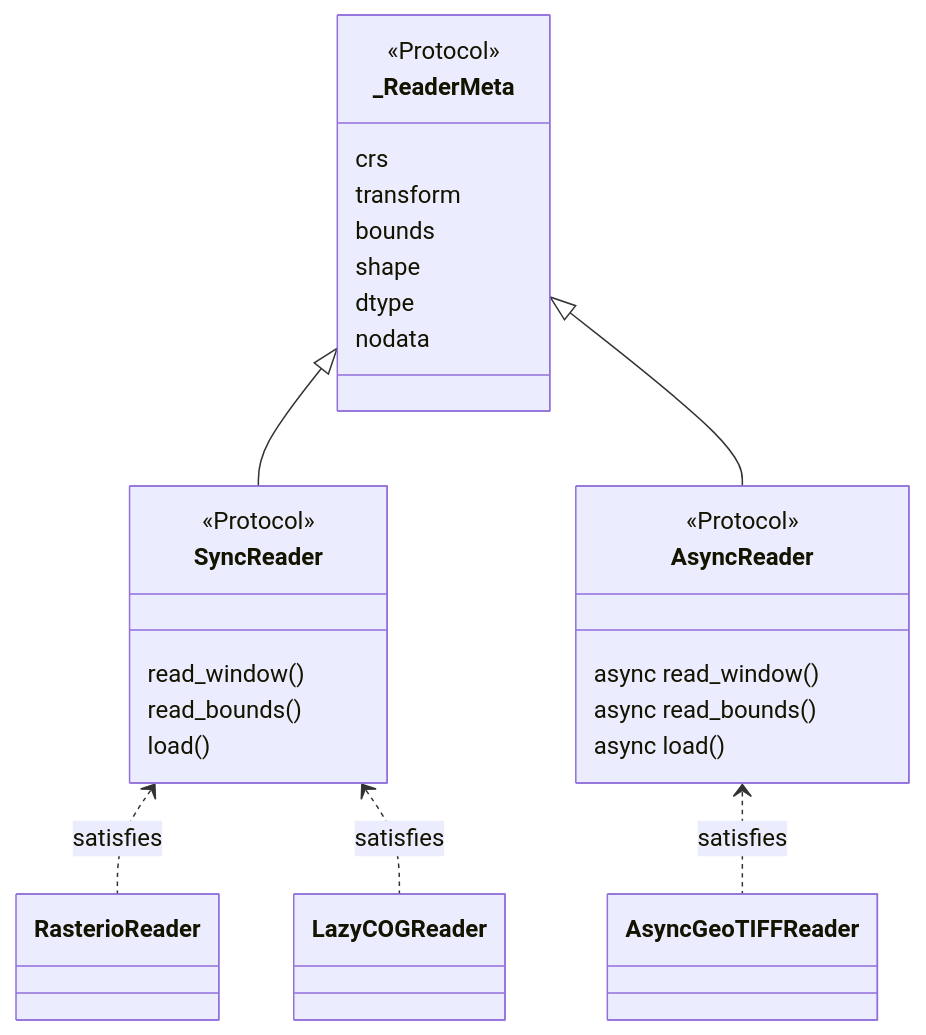
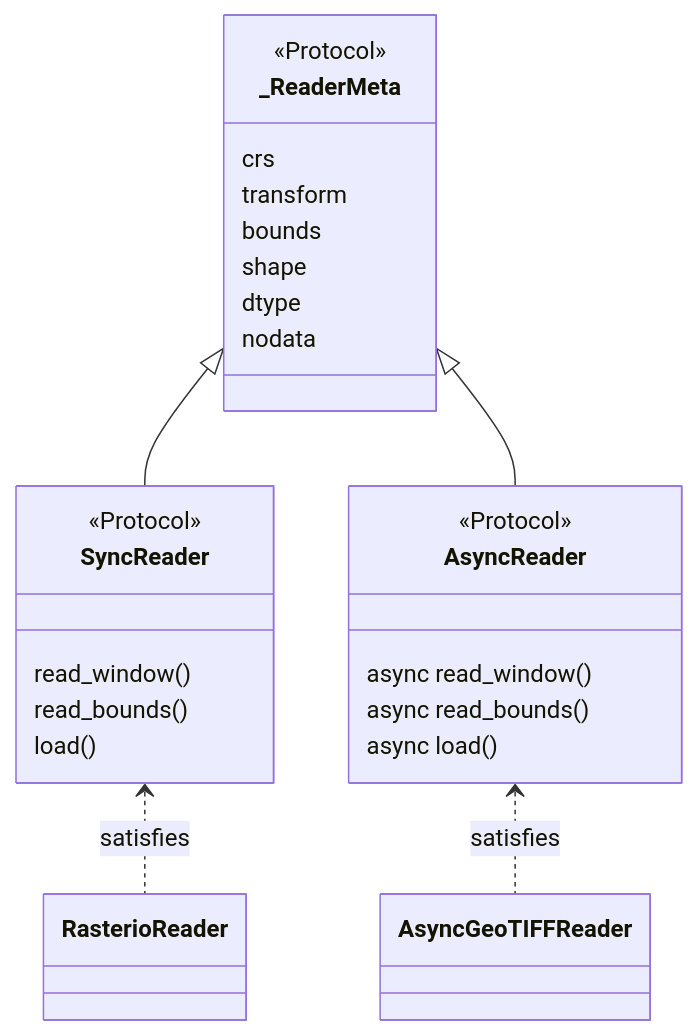
One commit to jejjohnson/research_notebook changed the first of 2 diagrams in projects/geotoolz/plans/georeader/reader_protocol.md. Above: the diagram before and after it, drawn with Mermaid. The commit also changed other lines of this file and 12 other files, not shown here.

First line of the commit message:
docs(geotoolz): drop speculative LazyCOGReader; reroute lazycogs to xrtoolz/dense stack

````diff
--- a/projects/geotoolz/plans/georeader/reader_protocol.md
+++ b/projects/geotoolz/plans/georeader/reader_protocol.md
@@ -44,33 +44,31 @@
 ```{mermaid}
 classDiagram
     class _ReaderMeta {
         <<Protocol>>
         crs
         transform
         bounds
         shape
         dtype
         nodata
     }
     class SyncReader {
         <<Protocol>>
         read_window()
         read_bounds()
         load()
     }
     class AsyncReader {
         <<Protocol>>
         async read_window()
         async read_bounds()
         async load()
     }
     class RasterioReader
-    class LazyCOGReader
     class AsyncGeoTIFFReader
 
     _ReaderMeta <|-- SyncReader
     _ReaderMeta <|-- AsyncReader
     SyncReader <.. RasterioReader : satisfies
-    SyncReader <.. LazyCOGReader : satisfies
     AsyncReader <.. AsyncGeoTIFFReader : satisfies
 ```
````
